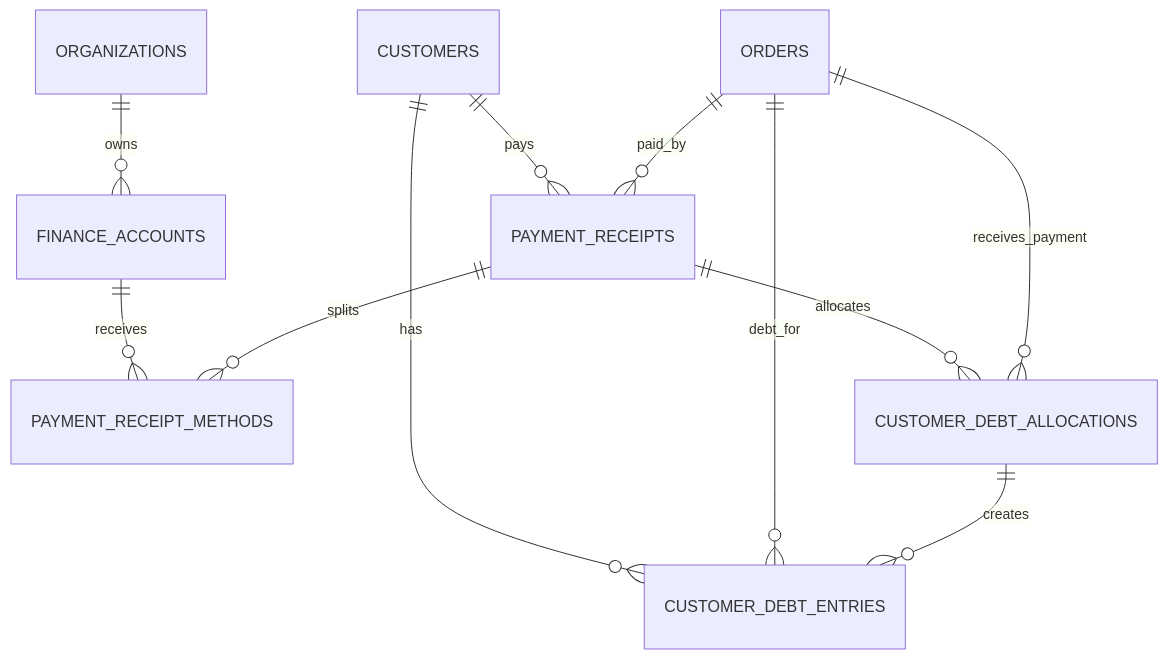
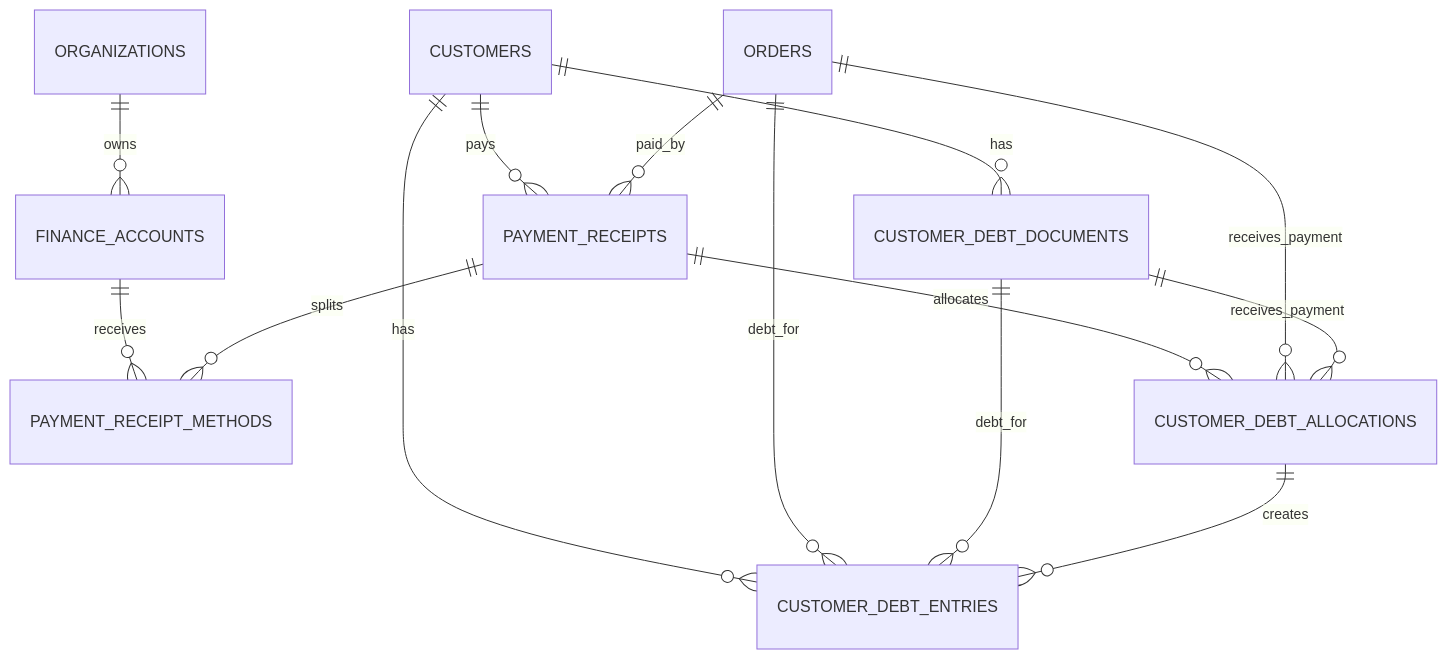
The diagram in docs/04-DATABASE/Finance/PAYMENT-DEBT-TABLES.md (vanlam-web/QCVL), drawn with Mermaid before and after one commit. The commit also changed other lines of this file and 30 other files, not shown here.

````diff
--- a/docs/04-DATABASE/Finance/PAYMENT-DEBT-TABLES.md
+++ b/docs/04-DATABASE/Finance/PAYMENT-DEBT-TABLES.md
@@ -293,13 +383,16 @@
 ```mermaid
 erDiagram
     ORGANIZATIONS ||--o{ FINANCE_ACCOUNTS : owns
     FINANCE_ACCOUNTS ||--o{ PAYMENT_RECEIPT_METHODS : receives
     PAYMENT_RECEIPTS ||--o{ PAYMENT_RECEIPT_METHODS : splits
     CUSTOMERS ||--o{ PAYMENT_RECEIPTS : pays
+    CUSTOMERS ||--o{ CUSTOMER_DEBT_DOCUMENTS : has
     ORDERS ||--o{ PAYMENT_RECEIPTS : paid_by
     CUSTOMERS ||--o{ CUSTOMER_DEBT_ENTRIES : has
     ORDERS ||--o{ CUSTOMER_DEBT_ENTRIES : debt_for
+    CUSTOMER_DEBT_DOCUMENTS ||--o{ CUSTOMER_DEBT_ENTRIES : debt_for
     PAYMENT_RECEIPTS ||--o{ CUSTOMER_DEBT_ALLOCATIONS : allocates
     CUSTOMER_DEBT_ALLOCATIONS ||--o{ CUSTOMER_DEBT_ENTRIES : creates
     ORDERS ||--o{ CUSTOMER_DEBT_ALLOCATIONS : receives_payment
+    CUSTOMER_DEBT_DOCUMENTS ||--o{ CUSTOMER_DEBT_ALLOCATIONS : receives_payment
 ```
````
